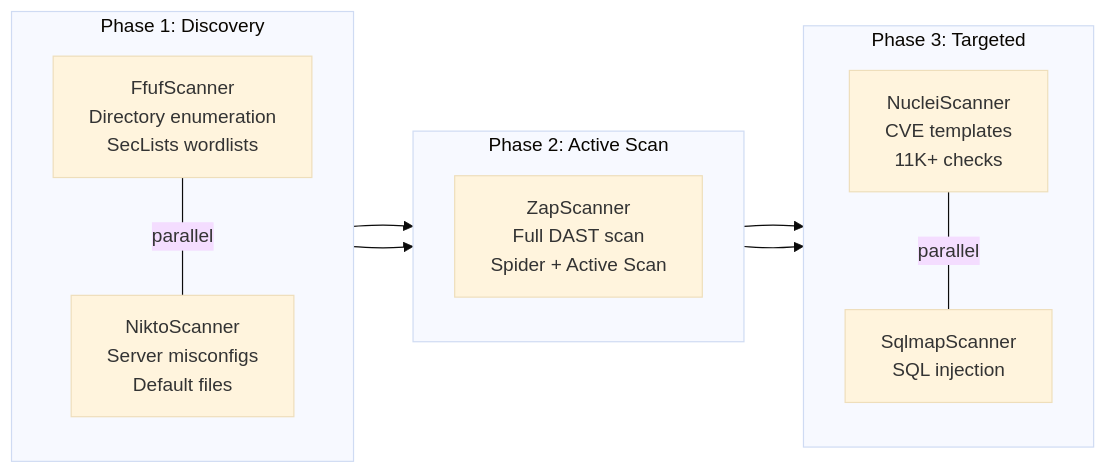
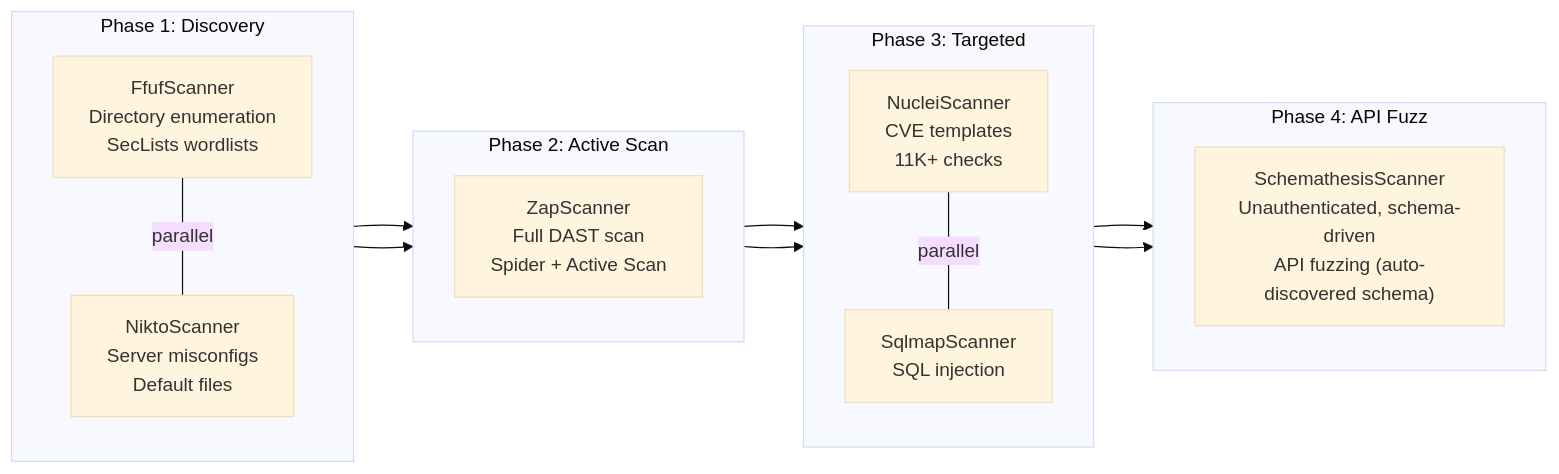
Before and after one commit to Peregrine-Technology-Systems/peregrine-penetrator-scanner: the fourth of 23 diagrams in docs/ARCHITECTURE.md, drawn with Mermaid (base theme). The commit also changed other lines of this file and 2 other files, not shown here.

Commit message:
docs: reflect the tenth probe (API fuzz) + black-box/no-auth policy (#1022)
Refresh README, ARCHITECTURE, and SECURITY_ARCHITECTURE for this session's
changes (schemathesis probe #1018/#1020):

- README: add the schemathesis row to the tools table (API Fuzz, not yet baked),
  a black-box/unauthenticated testing-posture note, and a docs-table link to
  the new probe_categories.md.
- ARCHITECTURE: add Phase 4 (API Fuzz / SchemathesisScanner) to the
  phase-execution diagram; note the fleet is ten probes and black-box by policy.
- SECURITY_ARCHITECTURE: reframe the threat model from "holds no target
  credentials" to "black-box / unauthenticated as a matter of policy"; note
  API schemas are data not credentials; FIX a stale claim — the doc described
  keyless CVE-enrichment lookups, but enrichment was removed from this engine
  in the thin-probe cutover (v1.2.0), so it now correctly states no third-party
  API keys are held (enrichment is downstream).

Docs-only; no code or behavior change.

Claude-Session: https://claude.ai/code/session_01He13s358CaxvnD4bAEBBag

````diff
--- a/docs/ARCHITECTURE.md
+++ b/docs/ARCHITECTURE.md
@@ -208,24 +208,30 @@
 ```mermaid
 flowchart LR
     subgraph "Phase 1: Discovery"
         direction TB
         F1["FfufScanner<br/>Directory enumeration<br/>SecLists wordlists"]
         F2["NiktoScanner<br/>Server misconfigs<br/>Default files"]
         F1 ---|parallel| F2
     end
 
     subgraph "Phase 2: Active Scan"
         direction TB
         Z1["ZapScanner<br/>Full DAST scan<br/>Spider + Active Scan"]
     end
 
     subgraph "Phase 3: Targeted"
         direction TB
         N1["NucleiScanner<br/>CVE templates<br/>11K+ checks"]
         S1["SqlmapScanner<br/>SQL injection"]
         N1 ---|parallel| S1
     end
 
+    subgraph "Phase 4: API Fuzz"
+        direction TB
+        A1["SchemathesisScanner<br/>Unauthenticated, schema-driven<br/>API fuzzing (auto-discovered schema)"]
+    end
+
     F1 & F2 --> Z1
     Z1 --> N1 & S1
+    N1 & S1 --> A1
 ```
````
